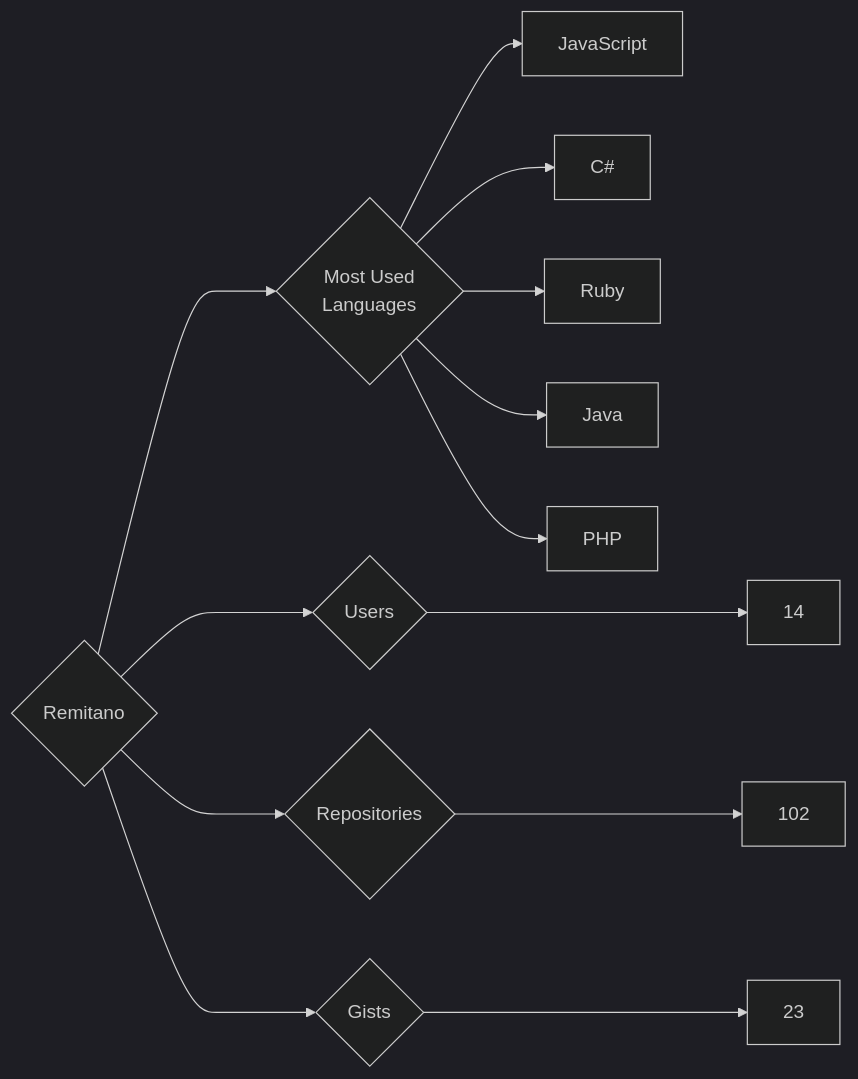
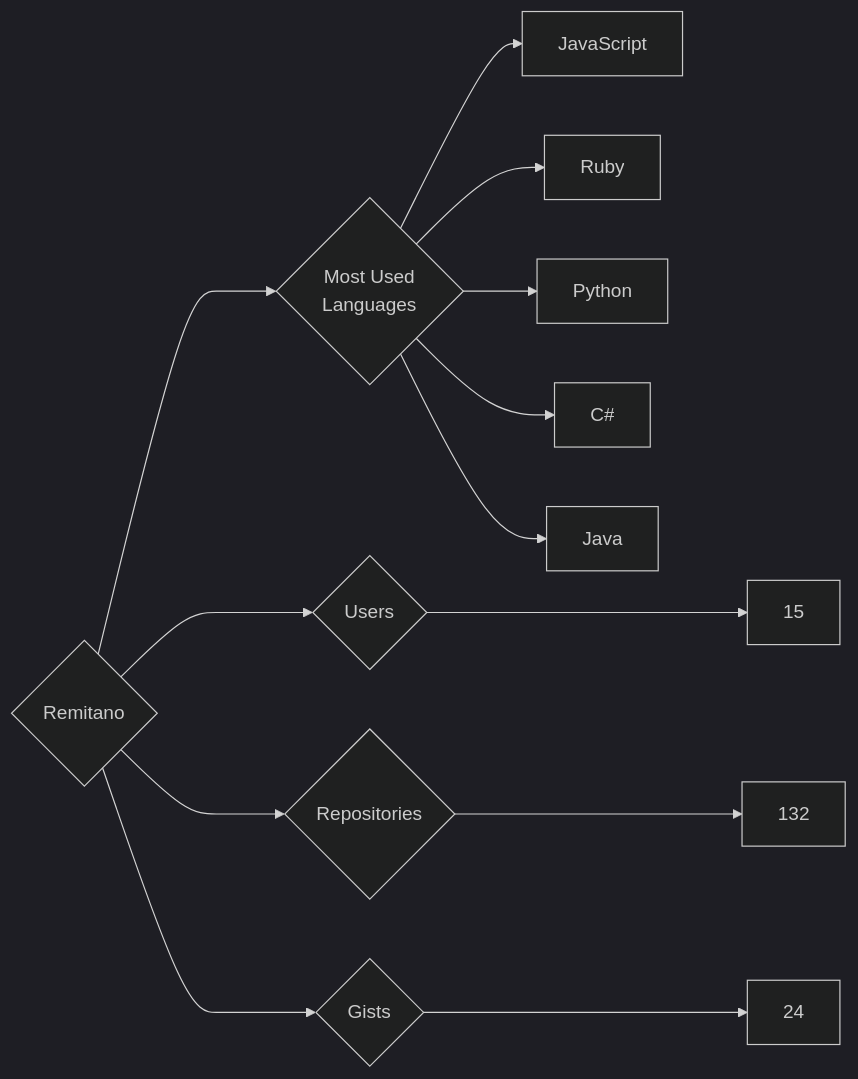
One commit to trickest/insiders changed the diagram in targets/Remitano/README.md. Above: the diagram before and after it, drawn with Mermaid (dark theme). The commit also changed 973 other files, not shown here.

````diff
--- a/targets/Remitano/README.md
+++ b/targets/Remitano/README.md
@@ -3,13 +3,13 @@
 ```mermaid
 graph LR
 COMPANY_NAME{Remitano}
-COMPANY_NAME ---> U{Users} ---> UN[14]
-COMPANY_NAME ---> R{Repositories} ---> RN[102]
-COMPANY_NAME ---> G{Gists} ---> GN[23]
+COMPANY_NAME ---> U{Users} ---> UN[15]
+COMPANY_NAME ---> R{Repositories} ---> RN[132]
+COMPANY_NAME ---> G{Gists} ---> GN[24]
 COMPANY_NAME ---> ML{Most Used<br>Languages}
 ML --> JavaScript[JavaScript]
+ML --> Ruby[Ruby]
+ML --> Python[Python]
 ML --> C#[C#]
-ML --> Ruby[Ruby]
 ML --> Java[Java]
-ML --> PHP[PHP]
 ```
````
